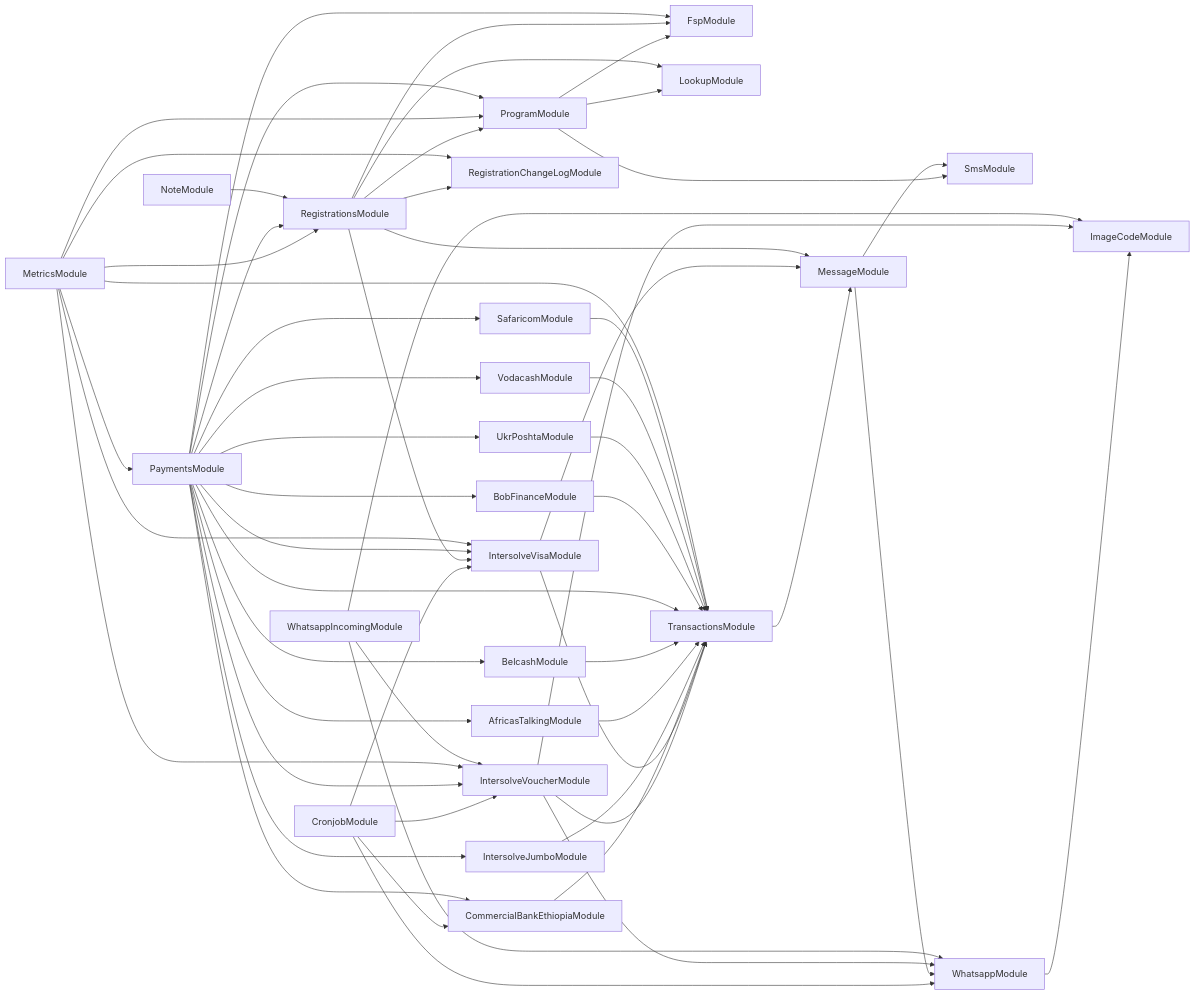
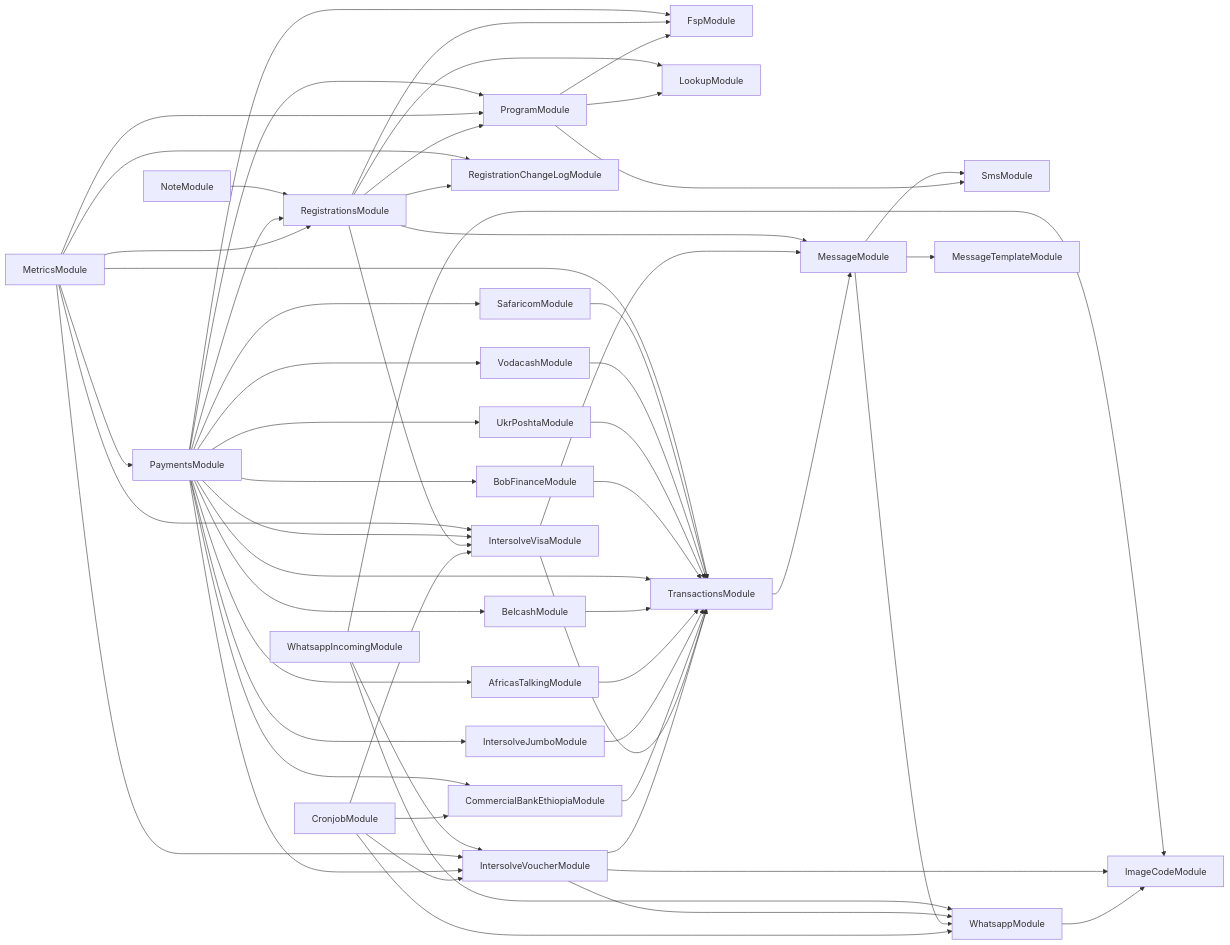
The diagram in services/121-service/module-dependencies.md (global-121/121-platform), drawn with Mermaid before and after one commit. The commit also changed 5 other files, not shown here.

````diff
--- a/services/121-service/module-dependencies.md
+++ b/services/121-service/module-dependencies.md
@@ -3,58 +3,59 @@
 ```mermaid
 graph LR
   ProgramModule-->SmsModule
   ProgramModule-->FspModule
   ProgramModule-->LookupModule
   CronjobModule-->WhatsappModule
   WhatsappModule-->ImageCodeModule
   CronjobModule-->IntersolveVoucherModule
   IntersolveVoucherModule-->ImageCodeModule
   IntersolveVoucherModule-->TransactionsModule
   TransactionsModule-->MessageModule
   MessageModule-->WhatsappModule
   MessageModule-->SmsModule
+  MessageModule-->MessageTemplateModule
   IntersolveVoucherModule-->WhatsappModule
   CronjobModule-->IntersolveVisaModule
   IntersolveVisaModule-->TransactionsModule
   IntersolveVisaModule-->MessageModule
   CronjobModule-->CommercialBankEthiopiaModule
   CommercialBankEthiopiaModule-->TransactionsModule
   RegistrationsModule-->LookupModule
   RegistrationsModule-->ProgramModule
   RegistrationsModule-->FspModule
   RegistrationsModule-->MessageModule
   RegistrationsModule-->IntersolveVisaModule
   RegistrationsModule-->RegistrationChangeLogModule
   MetricsModule-->ProgramModule
   MetricsModule-->RegistrationsModule
   MetricsModule-->PaymentsModule
   PaymentsModule-->FspModule
   PaymentsModule-->IntersolveVoucherModule
   PaymentsModule-->IntersolveVisaModule
   PaymentsModule-->IntersolveJumboModule
   IntersolveJumboModule-->TransactionsModule
   PaymentsModule-->AfricasTalkingModule
   AfricasTalkingModule-->TransactionsModule
   PaymentsModule-->BelcashModule
   BelcashModule-->TransactionsModule
   PaymentsModule-->TransactionsModule
   PaymentsModule-->BobFinanceModule
   BobFinanceModule-->TransactionsModule
   PaymentsModule-->UkrPoshtaModule
   UkrPoshtaModule-->TransactionsModule
   PaymentsModule-->VodacashModule
   VodacashModule-->TransactionsModule
   PaymentsModule-->SafaricomModule
   SafaricomModule-->TransactionsModule
   PaymentsModule-->CommercialBankEthiopiaModule
   PaymentsModule-->RegistrationsModule
   PaymentsModule-->ProgramModule
   MetricsModule-->TransactionsModule
   MetricsModule-->IntersolveVisaModule
   MetricsModule-->IntersolveVoucherModule
   MetricsModule-->RegistrationChangeLogModule
   WhatsappIncomingModule-->ImageCodeModule
   WhatsappIncomingModule-->IntersolveVoucherModule
   WhatsappIncomingModule-->WhatsappModule
   NoteModule-->RegistrationsModule
 ```
````
